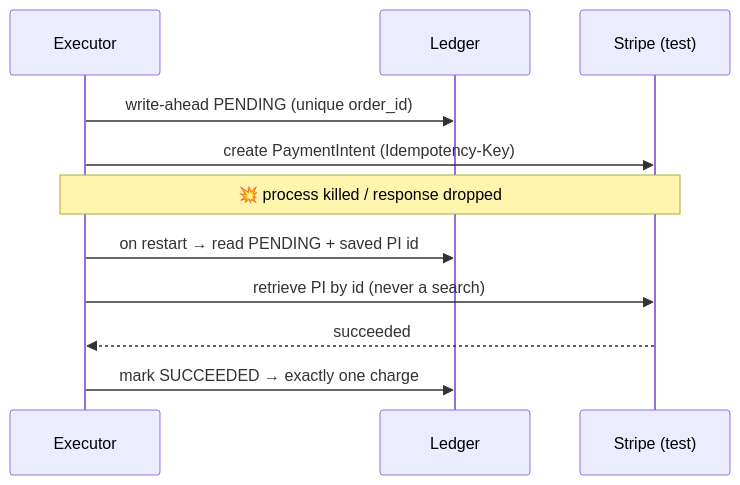
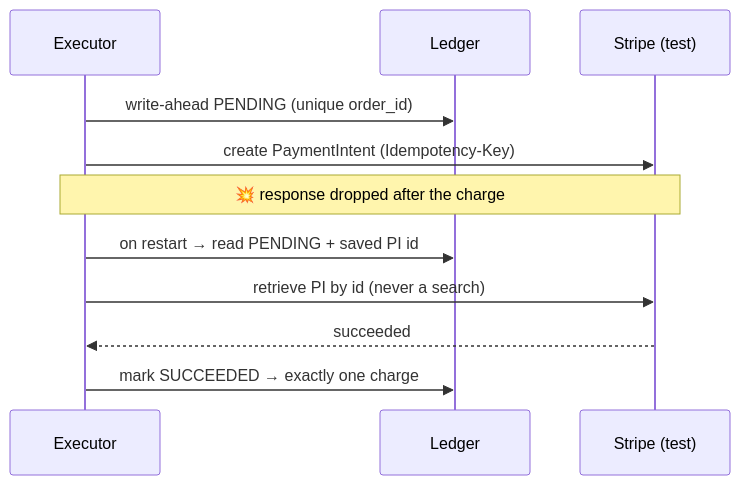
One commit to nidhi1603/proofcart changed the second of 2 diagrams in README.md. Above: the diagram before and after it, drawn with Mermaid. The commit also changed other lines of this file, not shown here.

````diff
--- a/README.md
+++ b/README.md
@@ -138,13 +136,13 @@
 ```mermaid
 sequenceDiagram
     participant Ex as Executor
     participant L as Ledger
     participant St as Stripe (test)
     Ex->>L: write-ahead PENDING (unique order_id)
     Ex->>St: create PaymentIntent (Idempotency-Key)
-    Note over Ex,St: 💥 process killed / response dropped
+    Note over Ex,St: 💥 response dropped after the charge
     Ex->>L: on restart → read PENDING + saved PI id
     Ex->>St: retrieve PI by id (never a search)
     St-->>Ex: succeeded
     Ex->>L: mark SUCCEEDED → exactly one charge
 ```
````
